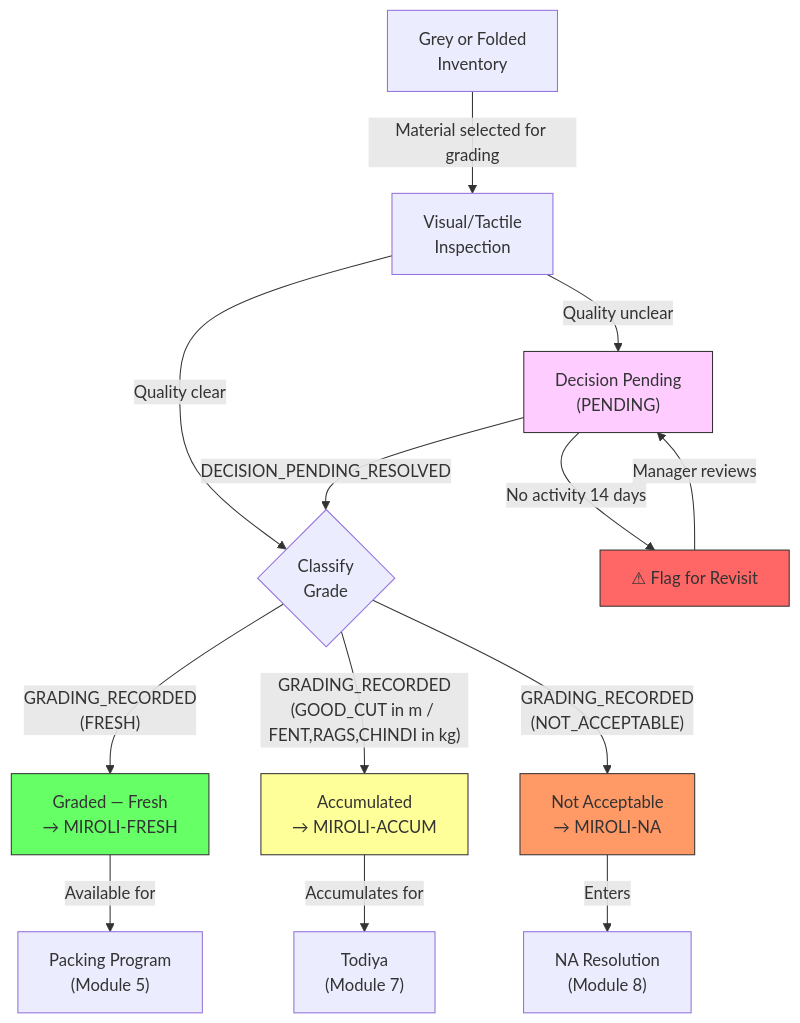
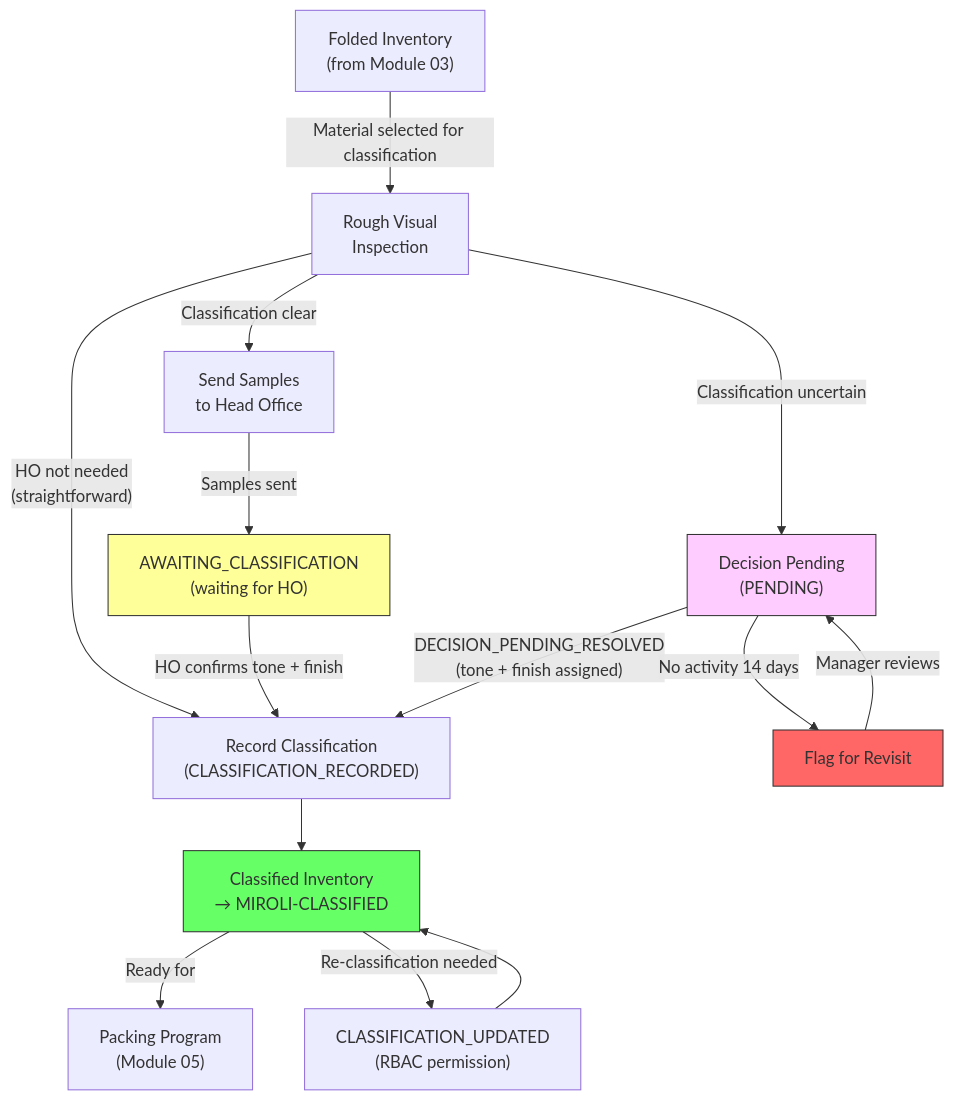
The diagram in 40-solution-design/rg-faith-miroli/04-quality-grading.md (jetbrodocs/docs-rg-faith), drawn with Mermaid before and after one commit. The commit also changed other lines of this file and 35 other files, not shown here.

````diff
--- a/40-solution-design/rg-faith-miroli/04-quality-grading.md
+++ b/40-solution-design/rg-faith-miroli/04-quality-grading.md
@@ -380,25 +408,27 @@
 ```mermaid
 flowchart TD
-    A["Grey or Folded\nInventory"] -->|"Material selected for grading"| B["Visual/Tactile\nInspection"]
-    B -->|"Quality clear"| C{"Classify\nGrade"}
-    B -->|"Quality unclear"| D["Decision Pending\n(PENDING)"]
+    A["Folded Inventory\n(from Module 03)"] -->|"Material selected for classification"| B["Rough Visual\nInspection"]
+    B -->|"Classification clear"| C["Send Samples\nto Head Office"]
+    B -->|"Classification uncertain"| D["Decision Pending\n(PENDING)"]
+    B -->|"HO not needed\n(straightforward)"| F
 
-    C -->|"GRADING_RECORDED\n(FRESH)"| E["Graded — Fresh\n→ MIROLI-FRESH"]
-    C -->|"GRADING_RECORDED\n(GOOD_CUT in m / FENT,RAGS,CHINDI in kg)"| F["Accumulated\n→ MIROLI-ACCUM"]
-    C -->|"GRADING_RECORDED\n(NOT_ACCEPTABLE)"| G["Not Acceptable\n→ MIROLI-NA"]
+    C -->|"Samples sent"| E["AWAITING_CLASSIFICATION\n(waiting for HO)"]
+    E -->|"HO confirms tone + finish"| F["Record Classification\n(CLASSIFICATION_RECORDED)"]
 
-    D -->|"DECISION_PENDING_RESOLVED"| C
+    F --> G["Classified Inventory\n→ MIROLI-CLASSIFIED"]
 
-    E -->|"Available for"| H["Packing Program\n(Module 5)"]
-    F -->|"Accumulates for"| I["Todiya\n(Module 7)"]
-    G -->|"Enters"| J["NA Resolution\n(Module 8)"]
+    D -->|"DECISION_PENDING_RESOLVED\n(tone + finish assigned)"| F
 
-    D -->|"No activity 14 days"| K["⚠ Flag for Revisit"]
+    G -->|"Ready for"| H["Packing Program\n(Module 05)"]
+
+    D -->|"No activity 14 days"| K["Flag for Revisit"]
     K -->|"Manager reviews"| D
 
-    style E fill:#6f6,stroke:#333
-    style F fill:#ff9,stroke:#333
-    style G fill:#f96,stroke:#333
+    G -->|"Re-classification needed"| L["CLASSIFICATION_UPDATED\n(RBAC permission)"]
+    L --> G
+
+    style G fill:#6f6,stroke:#333
+    style E fill:#ff9,stroke:#333
     style D fill:#fcf,stroke:#333
     style K fill:#f66,stroke:#333
 ```
````
